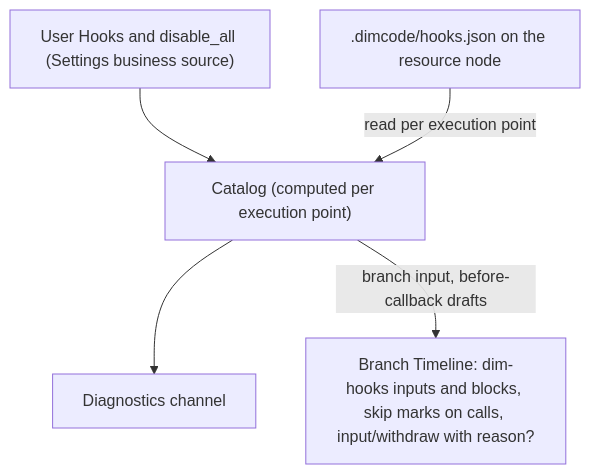
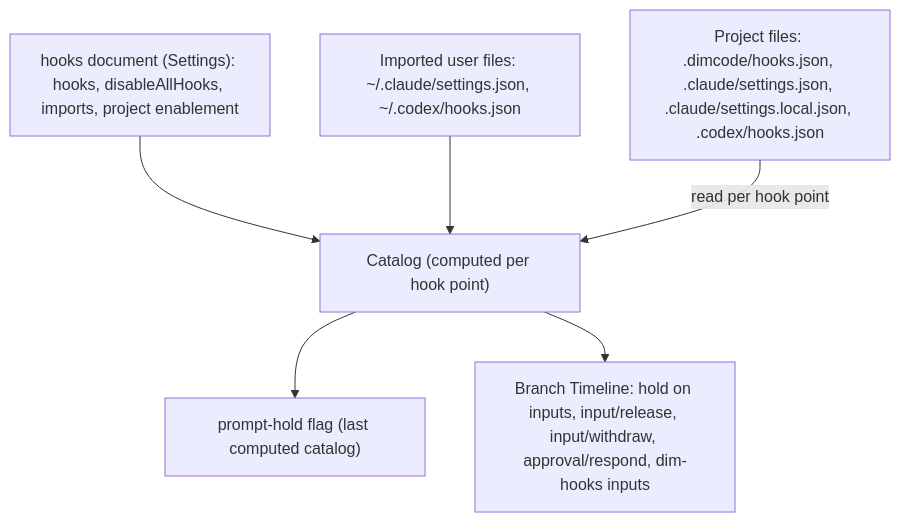
The second of 6 diagrams in docs/design/plugins/Hooks.md (CoutinhoTTS/dim-agent), drawn with Mermaid before and after one commit. The commit also changed other lines of this file and 8 other files, not shown here.

First line of the commit message:
docs: design Hooks as a compatibility mechanism on business owners (#143)

````diff
--- a/docs/design/plugins/Hooks.md
+++ b/docs/design/plugins/Hooks.md
@@ -55,12 +67,14 @@
 ```mermaid
 flowchart TB
-  UserCfg["User Hooks and disable_all (Settings business source)"]
-  ProjFile[".dimcode/hooks.json on the resource node"]
-  Catalog["Catalog (computed per execution point)"]
-  Diag["Diagnostics channel"]
-  TL["Branch Timeline: dim-hooks inputs and blocks, skip marks on calls, input/withdraw with reason?"]
-  UserCfg --> Catalog
-  ProjFile -->|"read per execution point"| Catalog
-  Catalog --> Diag
-  Catalog -->|"branch input, before-callback drafts"| TL
+  User["hooks document (Settings): hooks, disableAllHooks, imports, project enablement"]
+  Compat["Imported user files: ~/.claude/settings.json, ~/.codex/hooks.json"]
+  Proj["Project files: .dimcode/hooks.json, .claude/settings.json, .claude/settings.local.json, .codex/hooks.json"]
+  Cat["Catalog (computed per hook point)"]
+  Snap["prompt-hold flag (last computed catalog)"]
+  TL["Branch Timeline: hold on inputs, input/release, input/withdraw, approval/respond, dim-hooks inputs"]
+  User --> Cat
+  Compat --> Cat
+  Proj -->|"read per hook point"| Cat
+  Cat --> Snap
+  Cat --> TL
 ```
````
